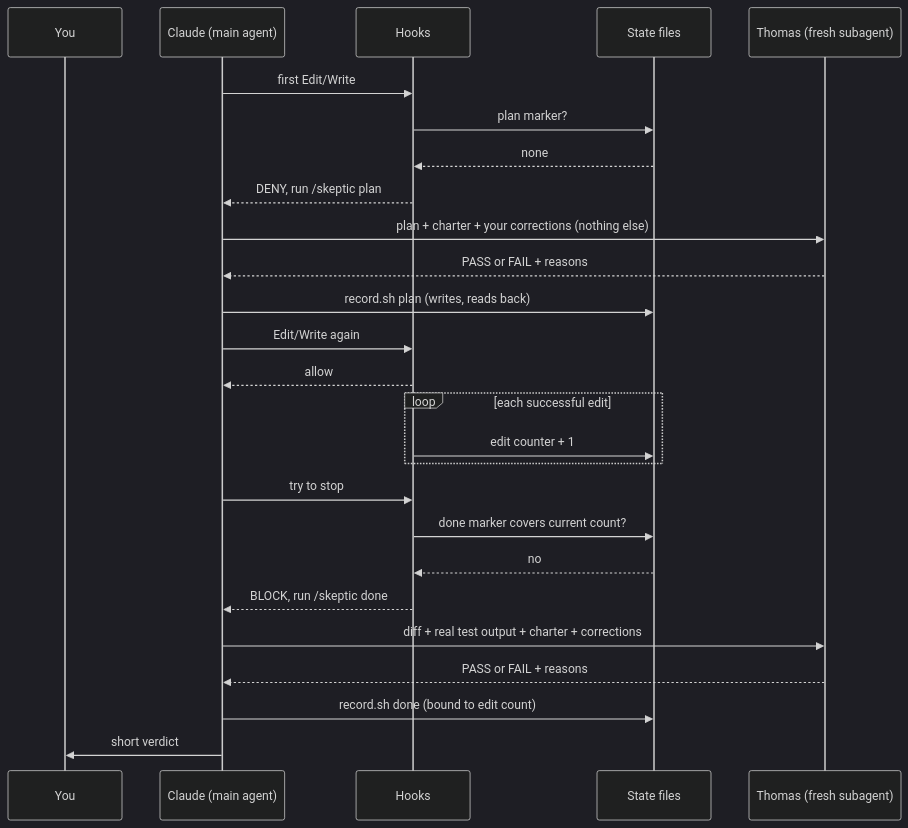
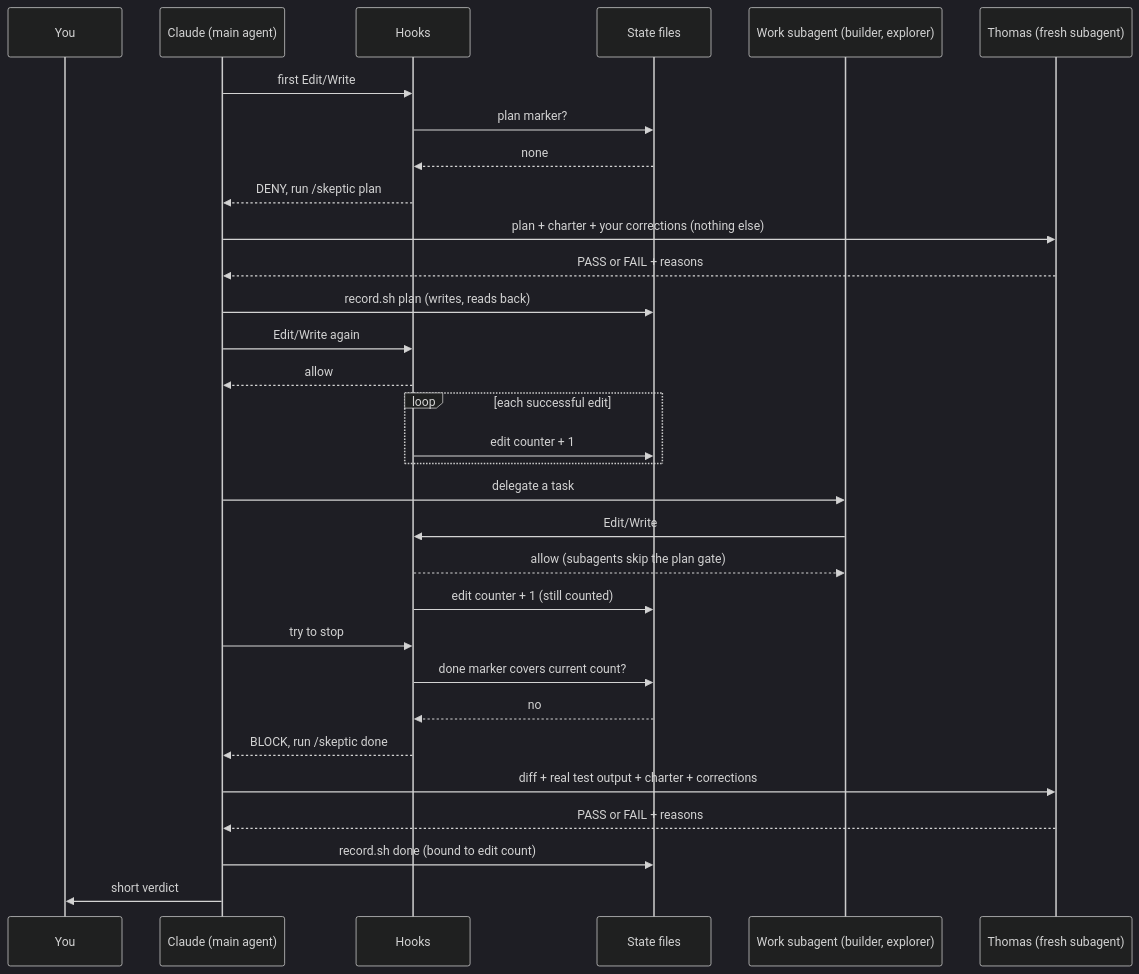
One commit to billmote/doubting-thomas changed the second of 2 diagrams in README.md. Above: the diagram before and after it, drawn with Mermaid (dark theme). The commit also changed other lines of this file, not shown here.

Commit message:
README: show work subagents in the swim lane
Claude-Session: https://claude.ai/code/session_016dUD2EYqVzb18VnWibvD2U

````diff
--- a/README.md
+++ b/README.md
@@ -38,28 +38,33 @@
 ```mermaid
 sequenceDiagram
     participant U as You
     participant A as Claude (main agent)
     participant H as Hooks
     participant S as State files
+    participant W as Work subagent (builder, explorer)
     participant T as Thomas (fresh subagent)
     A->>H: first Edit/Write
     H->>S: plan marker?
     S-->>H: none
     H-->>A: DENY, run /skeptic plan
     A->>T: plan + charter + your corrections (nothing else)
     T-->>A: PASS or FAIL + reasons
     A->>S: record.sh plan (writes, reads back)
     A->>H: Edit/Write again
     H-->>A: allow
     loop each successful edit
         H->>S: edit counter + 1
     end
+    A->>W: delegate a task
+    W->>H: Edit/Write
+    H-->>W: allow (subagents skip the plan gate)
+    H->>S: edit counter + 1 (still counted)
     A->>H: try to stop
     H->>S: done marker covers current count?
     S-->>H: no
     H-->>A: BLOCK, run /skeptic done
     A->>T: diff + real test output + charter + corrections
     T-->>A: PASS or FAIL + reasons
     A->>S: record.sh done (bound to edit count)
     A->>U: short verdict
 ```
````
